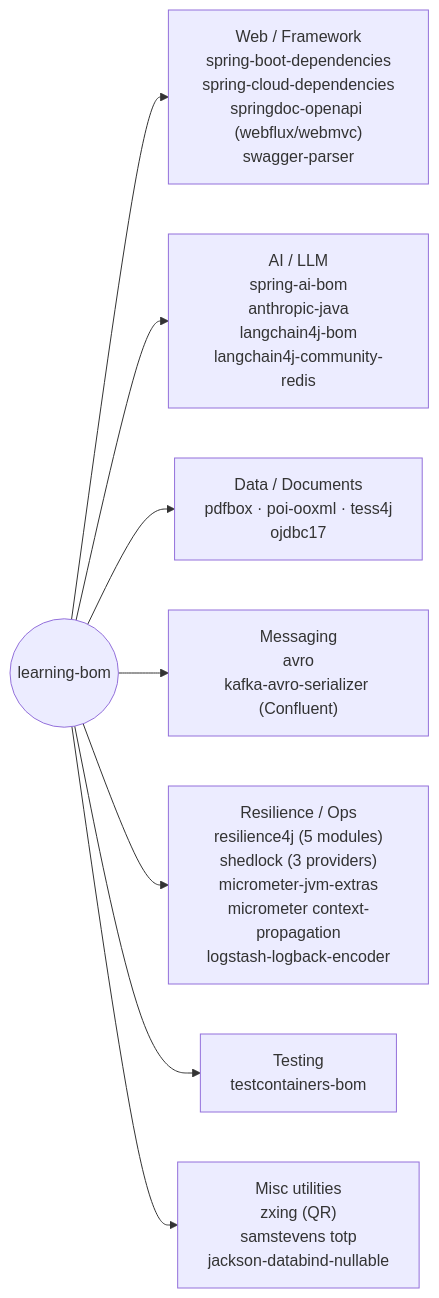
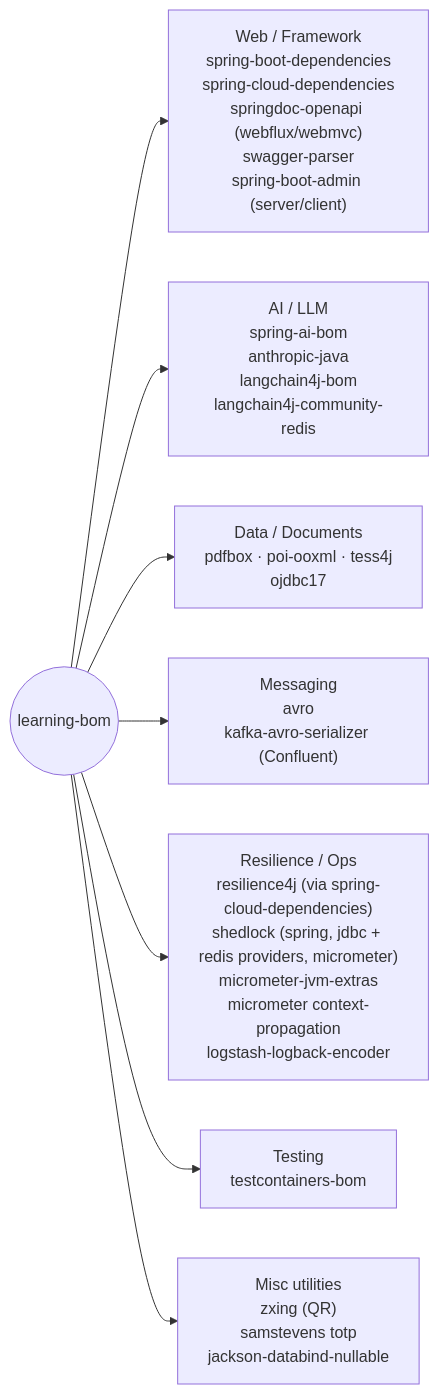
The second of 2 diagrams in README.md (himnay/learning-bom), drawn with Mermaid before and after one commit. The commit also changed other lines of this file, not shown here.

````diff
--- a/README.md
+++ b/README.md
@@ -339,18 +293,18 @@
 ```mermaid
 flowchart LR
     BOM(("learning-bom"))
 
-    BOM --> WEB["Web / Framework<br/>spring-boot-dependencies<br/>spring-cloud-dependencies<br/>springdoc-openapi (webflux/webmvc)<br/>swagger-parser"]
+    BOM --> WEB["Web / Framework<br/>spring-boot-dependencies<br/>spring-cloud-dependencies<br/>springdoc-openapi (webflux/webmvc)<br/>swagger-parser<br/>spring-boot-admin (server/client)"]
 
     BOM --> AI["AI / LLM<br/>spring-ai-bom<br/>anthropic-java<br/>langchain4j-bom<br/>langchain4j-community-redis"]
 
     BOM --> DATA["Data / Documents<br/>pdfbox · poi-ooxml · tess4j<br/>ojdbc17"]
 
     BOM --> MSG["Messaging<br/>avro<br/>kafka-avro-serializer (Confluent)"]
 
-    BOM --> RESIL["Resilience / Ops<br/>resilience4j (5 modules)<br/>shedlock (3 providers)<br/>micrometer-jvm-extras<br/>micrometer context-propagation<br/>logstash-logback-encoder"]
+    BOM --> RESIL["Resilience / Ops<br/>resilience4j (via spring-cloud-dependencies)<br/>shedlock (spring, jdbc + redis providers, micrometer)<br/>micrometer-jvm-extras<br/>micrometer context-propagation<br/>logstash-logback-encoder"]
 
     BOM --> TEST["Testing<br/>testcontainers-bom"]
 
     BOM --> MISC["Misc utilities<br/>zxing (QR)<br/>samstevens totp<br/>jackson-databind-nullable"]
 ```
````
